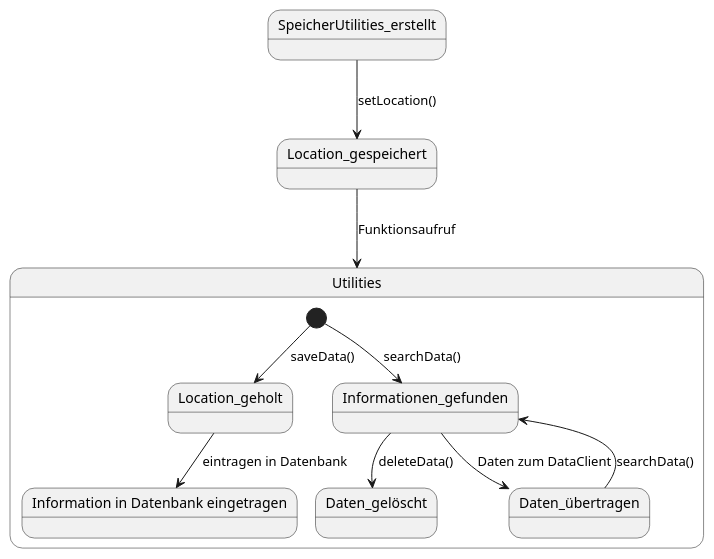
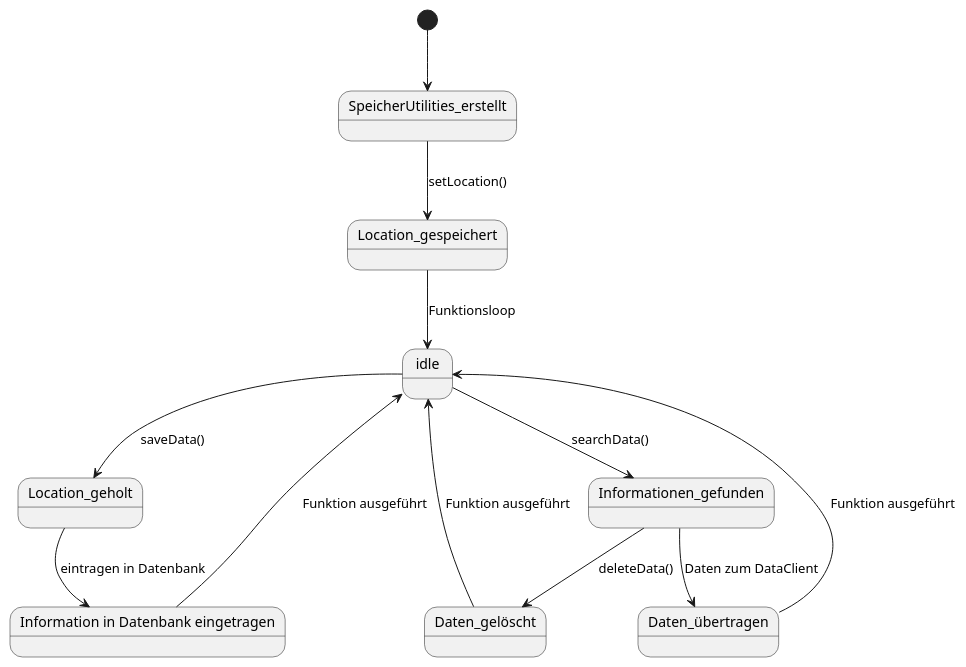
One commit to weichware10/meilensteine changed the diagram in meilenstein_04/zustand-Speichermedium/zustand-Speichermedium.puml. Above: the diagram before and after it, drawn with PlantUML.

Commit message:
Vorschläge von Josh umgesetzt

```diff
--- a/meilenstein_04/zustand-Speichermedium/zustand-Speichermedium.puml
+++ b/meilenstein_04/zustand-Speichermedium/zustand-Speichermedium.puml
@@ -1,38 +1,44 @@
 @startuml Speichermedium
+
+[*] --> SpeicherUtilities_erstellt
+SpeicherUtilities_erstellt --> Location_gespeichert : setLocation()
+Location_gespeichert --> idle : Funktionsloop
+idle --> Location_geholt : saveData()
+idle --> Informationen_gefunden : searchData()
+Location_geholt --> long2 : eintragen in Datenbank
+Informationen_gefunden --> Daten_gelöscht : deleteData()
+Informationen_gefunden --> Daten_übertragen : Daten zum DataClient
+long2 --> idle : Funktion ausgeführt
+Daten_gelöscht --> idle : Funktion ausgeführt
+Daten_übertragen --> idle : Funktion ausgeführt
+
 state SpeicherUtilities_erstellt {
 
 }
 
 state Location_gespeichert {
 
 }
 
-SpeicherUtilities_erstellt --> Location_gespeichert : setLocation()
-Location_gespeichert --> Utilities : Funktionsaufruf
+state idle{
 
-state Utilities {
-  
-  [*] --> Location_geholt : saveData()
-  [*] --> Informationen_gefunden : searchData()
-  Location_geholt --> long2 : eintragen in Datenbank
-  Informationen_gefunden --> Daten_gelöscht : deleteData()
-  Informationen_gefunden --> Daten_übertragen : Daten zum DataClient
-  Daten_übertragen --> Informationen_gefunden : searchData()
+}
 
-    state Location_geholt{
+state Location_geholt{
 
-    }
-    state Informationen_gefunden{
+}
 
-    }
-    state "Information in Datenbank eingetragen" as long2{
+state Informationen_gefunden{
 
-    }
-    state Daten_gelöscht {
+}
+state "Information in Datenbank eingetragen" as long2{
 
-    }
-    state Daten_übertragen {
+}
+state Daten_gelöscht {
 
-    }
 }
+state Daten_übertragen {
+
+}
+
 @enduml
```
